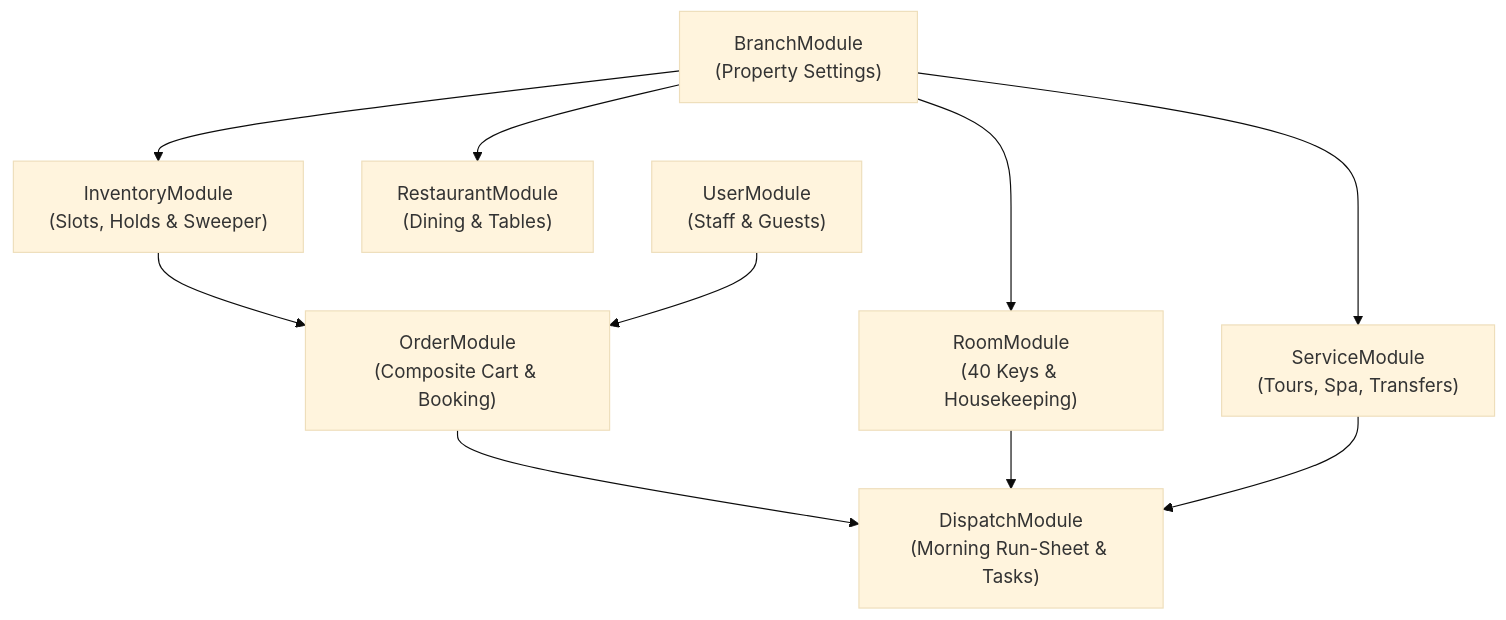
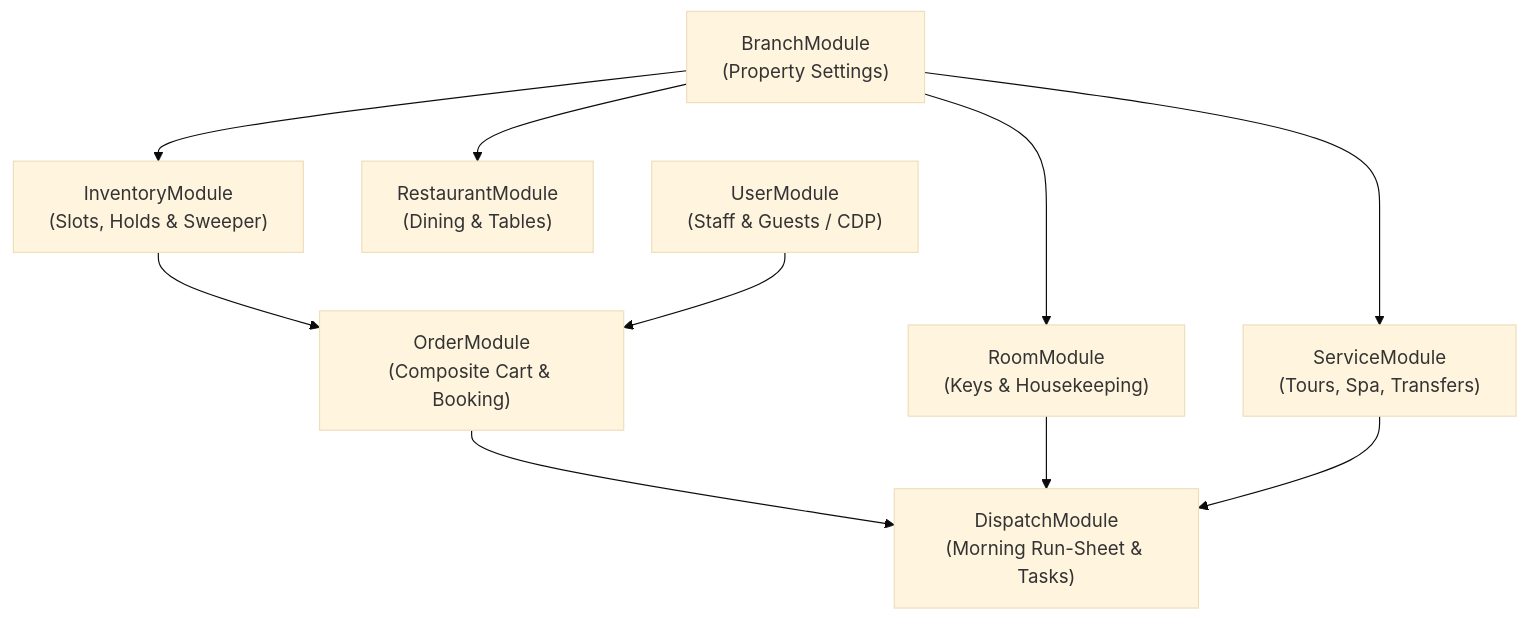
One commit to LynnT-2003/yoonie-backend changed the first of 9 diagrams in README.md. Above: the diagram before and after it, drawn with Mermaid (base theme). The commit also changed other lines of this file and 4 other files, not shown here.

Commit message:
docs: add system flows, frontend API reference, and architecture documentation

````diff
--- a/README.md
+++ b/README.md
@@ -159,24 +43,24 @@
 ```mermaid
 graph TD
-    UserModule["UserModule<br/>(Staff & Guests)"]
+    UserModule["UserModule<br/>(Staff & Guests / CDP)"]
     BranchModule["BranchModule<br/>(Property Settings)"]
-    RoomModule["RoomModule<br/>(40 Keys & Housekeeping)"]
+    RoomModule["RoomModule<br/>(Keys & Housekeeping)"]
     RestaurantModule["RestaurantModule<br/>(Dining & Tables)"]
     ServiceModule["ServiceModule<br/>(Tours, Spa, Transfers)"]
-    
+
     InventoryModule["InventoryModule<br/>(Slots, Holds & Sweeper)"]
     OrderModule["OrderModule<br/>(Composite Cart & Booking)"]
     DispatchModule["DispatchModule<br/>(Morning Run-Sheet & Tasks)"]
 
     BranchModule --> RoomModule
     BranchModule --> RestaurantModule
     BranchModule --> ServiceModule
     BranchModule --> InventoryModule
-    
+
     InventoryModule --> OrderModule
     UserModule --> OrderModule
-    
+
     OrderModule --> DispatchModule
     RoomModule --> DispatchModule
     ServiceModule --> DispatchModule
 ```
````
